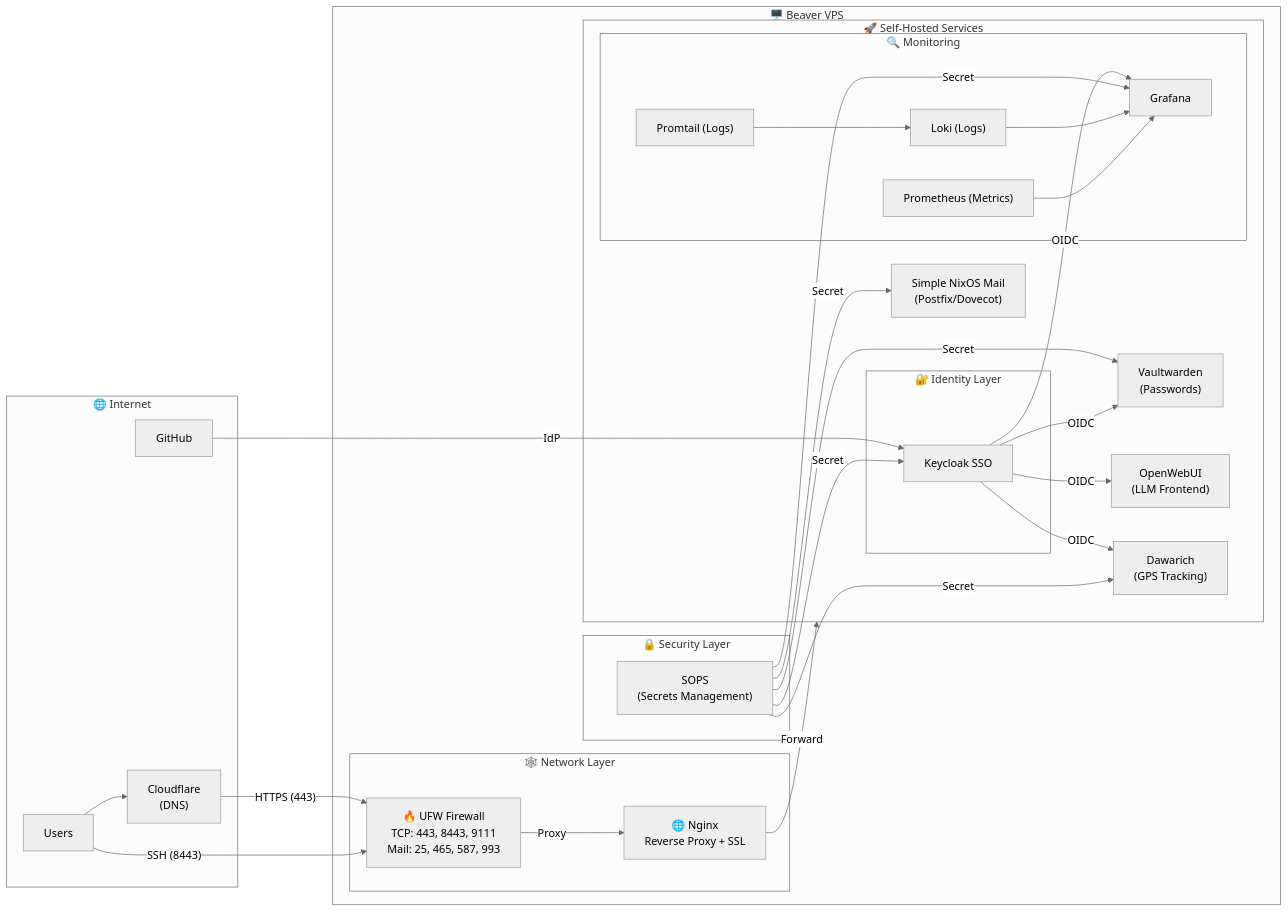
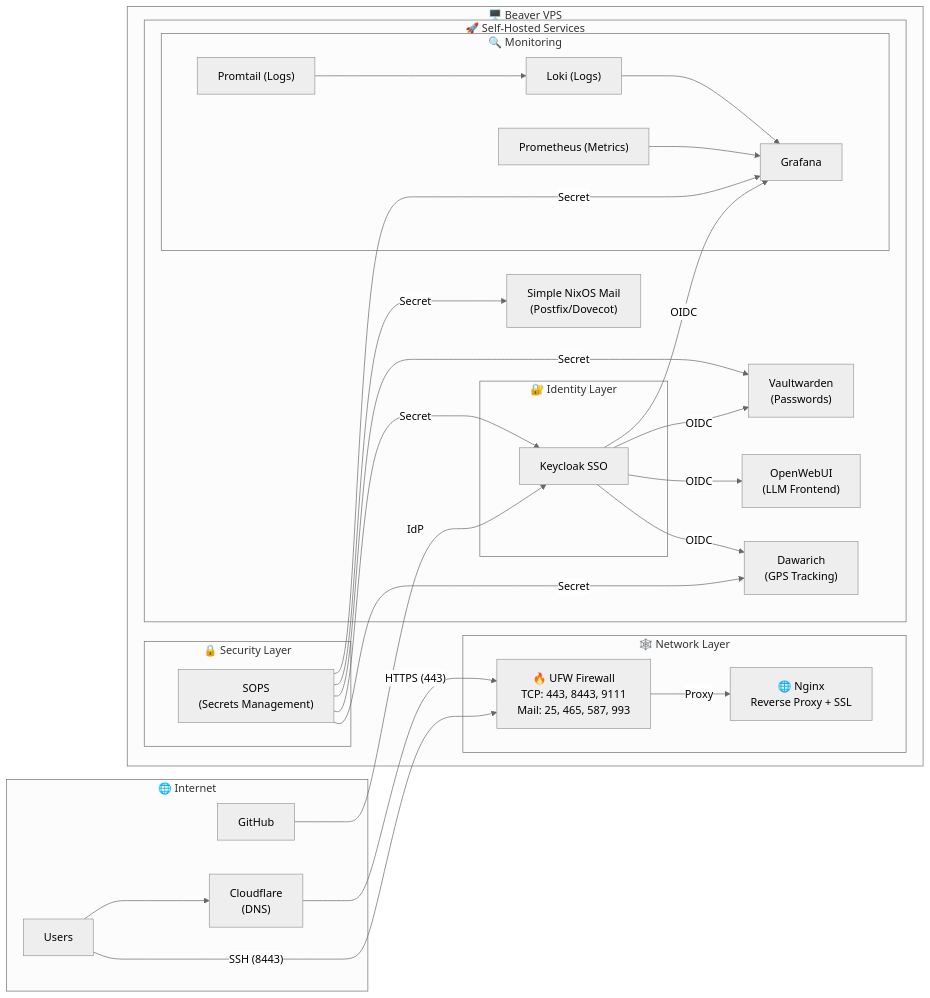
The diagram in README.md (JustAlternate/nixcfg), drawn with Mermaid (neutral theme) before and after one commit.

Commit message:
chores: reamde fix

````diff
--- a/README.md
+++ b/README.md
@@ -27,70 +27,70 @@
 ```mermaid
 flowchart LR
     subgraph Internet["🌐 Internet"]
         Users["Users"]
         GitHub["GitHub"]
         Cloudflare["Cloudflare<br/>(DNS)"]
     end
 
     subgraph Beaver["🖥️ Beaver VPS"]
         
         subgraph Network["🕸️ Network Layer"]
             Firewall["🔥 UFW Firewall<br/>TCP: 443, 8443, 9111<br/>Mail: 25, 465, 587, 993"]
             Nginx["🌐 Nginx<br/>Reverse Proxy + SSL"]
         end
 
         subgraph Security["🔒 Security Layer"]
             Sops["SOPS<br/>(Secrets Management)"]
         end
 
         subgraph Services["🚀 Self-Hosted Services"]
             Vaultwarden["Vaultwarden<br/>(Passwords)"]
             OpenWebUI["OpenWebUI<br/>(LLM Frontend)"]
             Mail["Simple NixOS Mail<br/>(Postfix/Dovecot)"]
             Dawarich["Dawarich<br/>(GPS Tracking)"]
 
             subgraph Monitoring["🔍 Monitoring"]
                 Promtail["Promtail (Logs)"]
                 Loki["Loki (Logs)"]
                 Prometheus["Prometheus (Metrics)"]
                 Grafana["Grafana<br/>"]
             end
 
             subgraph Auth["🔐 Identity Layer"]
                 Keycloak["Keycloak SSO<br/>"]
             end
         end
     end
 
     %% External Traffic
     Users --> Cloudflare
     Cloudflare -->|"HTTPS (443)"| Firewall
     Users -->|"SSH (8443)"| Firewall
-    GitHub -->|"IdP"| Keycloak
 
     %% Internal Routing
     Firewall -->|"Proxy"| Nginx
-    Nginx -->|"Forward"| Services
+
+    %% Monitoring Flow
+    Promtail --> Loki
+    Loki --> Grafana
+
+    Prometheus --> Grafana
+
+    Sops -->|"Secret"| Grafana
 
     Keycloak -->|"OIDC"| Grafana
 
-    %% Secrets Management
     Sops -->|"Secret"| Vaultwarden
     Sops -->|"Secret"| Mail
     Sops -->|"Secret"| Keycloak
-    Sops -->|"Secret"| Grafana
 
+    GitHub -->|"IdP"| Keycloak
 
     %% Auth Flow
     Keycloak -->|"OIDC"| OpenWebUI
     Keycloak -->|"OIDC"| Dawarich
     Keycloak -->|"OIDC"| Vaultwarden
 
     Sops -->|"Secret"| Dawarich
 
-    %% Monitoring Flow
-    Promtail --> Loki
-    Loki --> Grafana
-    Prometheus --> Grafana
-
 ```
````
